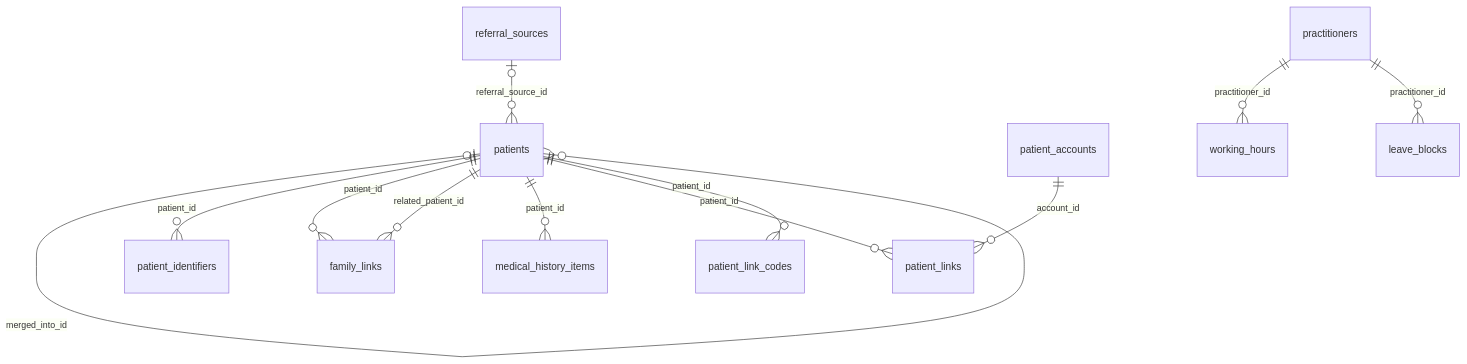
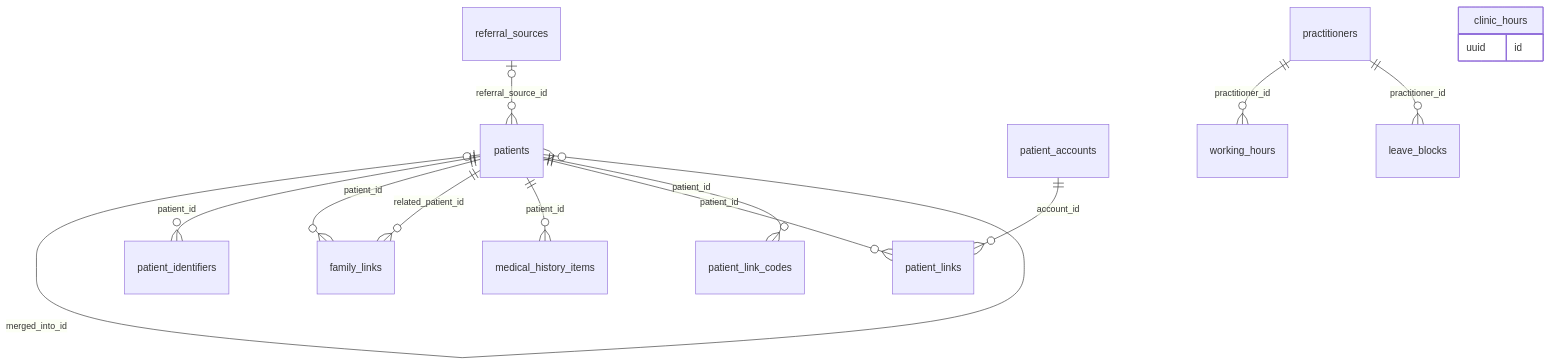
One commit to sakalyatechnologies/aarogyam changed the fifth of 13 diagrams in docs/database.md. Above: the diagram before and after it, drawn with Mermaid. The commit also changed other lines of this file and 15 other files, not shown here.

First line of the commit message:
feat(schedule): store clinic opening hours per branch

````diff
--- a/docs/database.md
+++ b/docs/database.md
@@ -791,15 +791,18 @@
 ```mermaid
 erDiagram
   referral_sources |o--o{ patients : "referral_source_id"
   patients |o--o{ patients : "referred_by_patient_id"
   patients |o--o{ patients : "merged_into_id"
   patients ||--o{ patient_identifiers : "patient_id"
   patients ||--o{ family_links : "patient_id"
   patients ||--o{ family_links : "related_patient_id"
   patients ||--o{ medical_history_items : "patient_id"
   patients ||--o{ patient_links : "patient_id"
   patient_accounts ||--o{ patient_links : "account_id"
   patients ||--o{ patient_link_codes : "patient_id"
   practitioners ||--o{ working_hours : "practitioner_id"
   practitioners ||--o{ leave_blocks : "practitioner_id"
+  clinic_hours {
+    uuid id
+  }
 ```
````
